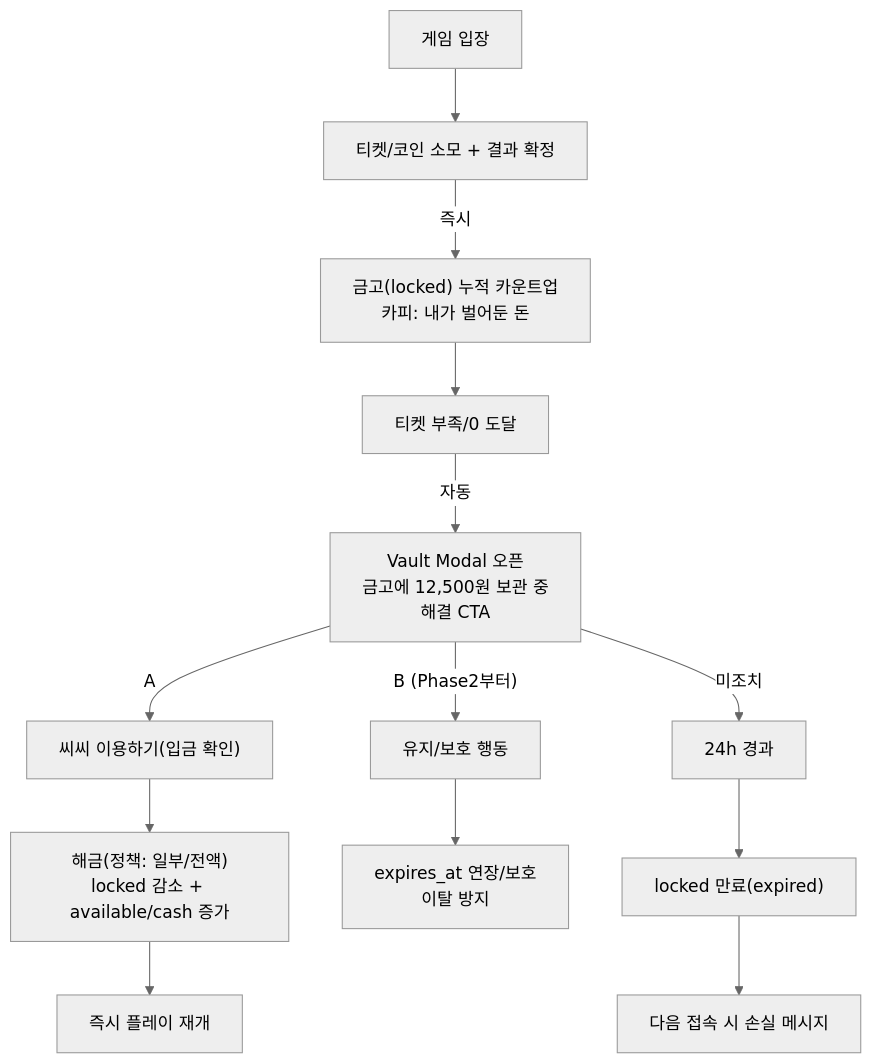
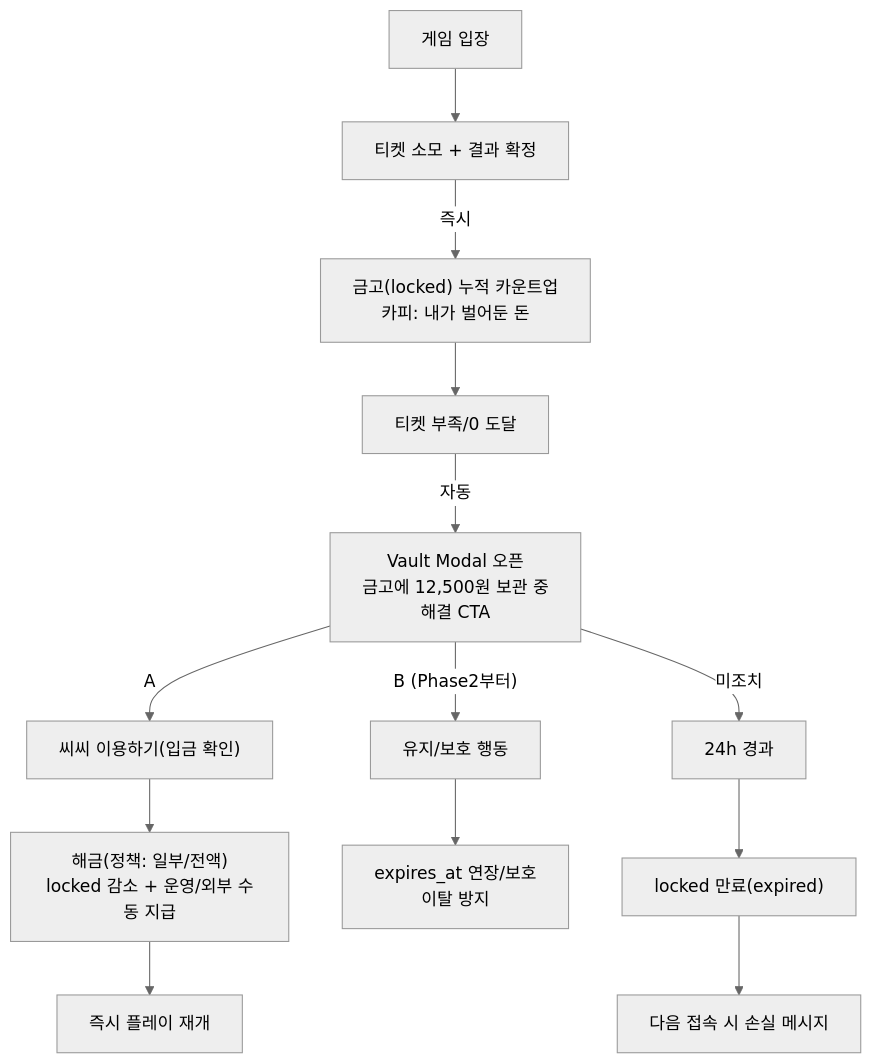
Before and after one commit to heyjinjung/ch25: the first of 2 diagrams in docs/05_modules/05_module_vault_master_final_trial_ticket_v2.2.md, drawn with Mermaid (neutral theme). The commit also changed other lines of this file and 4 other files, not shown here.

````diff
--- a/docs/05_modules/05_module_vault_master_final_trial_ticket_v2.2.md
+++ b/docs/05_modules/05_module_vault_master_final_trial_ticket_v2.2.md
@@ -181,18 +184,18 @@
 ```mermaid
 flowchart TD
-  A["게임 입장"] --> B["티켓/코인 소모 + 결과 확정"]
+  A["게임 입장"] --> B["티켓 소모 + 결과 확정"]
   B -->|"즉시"| C["금고(locked) 누적 카운트업\n카피: 내가 벌어둔 돈"]
   C --> D["티켓 부족/0 도달"]
   D -->|"자동"| E["Vault Modal 오픈\n금고에 12,500원 보관 중\n해결 CTA"]
 
   E -->|"A"| F["씨씨 이용하기(입금 확인)"]
-  F --> G["해금(정책: 일부/전액)\nlocked 감소 + available/cash 증가"]
+  F --> G["해금(정책: 일부/전액)\nlocked 감소 + 운영/외부 수동 지급"]
   G --> H["즉시 플레이 재개"]
 
   E -->|"B (Phase2부터)"| I["유지/보호 행동"]
   I --> J["expires_at 연장/보호\n이탈 방지"]
 
   E -->|"미조치"| K["24h 경과"]
   K --> L["locked 만료(expired)"]
   L --> M["다음 접속 시 손실 메시지"]
 ```
````
